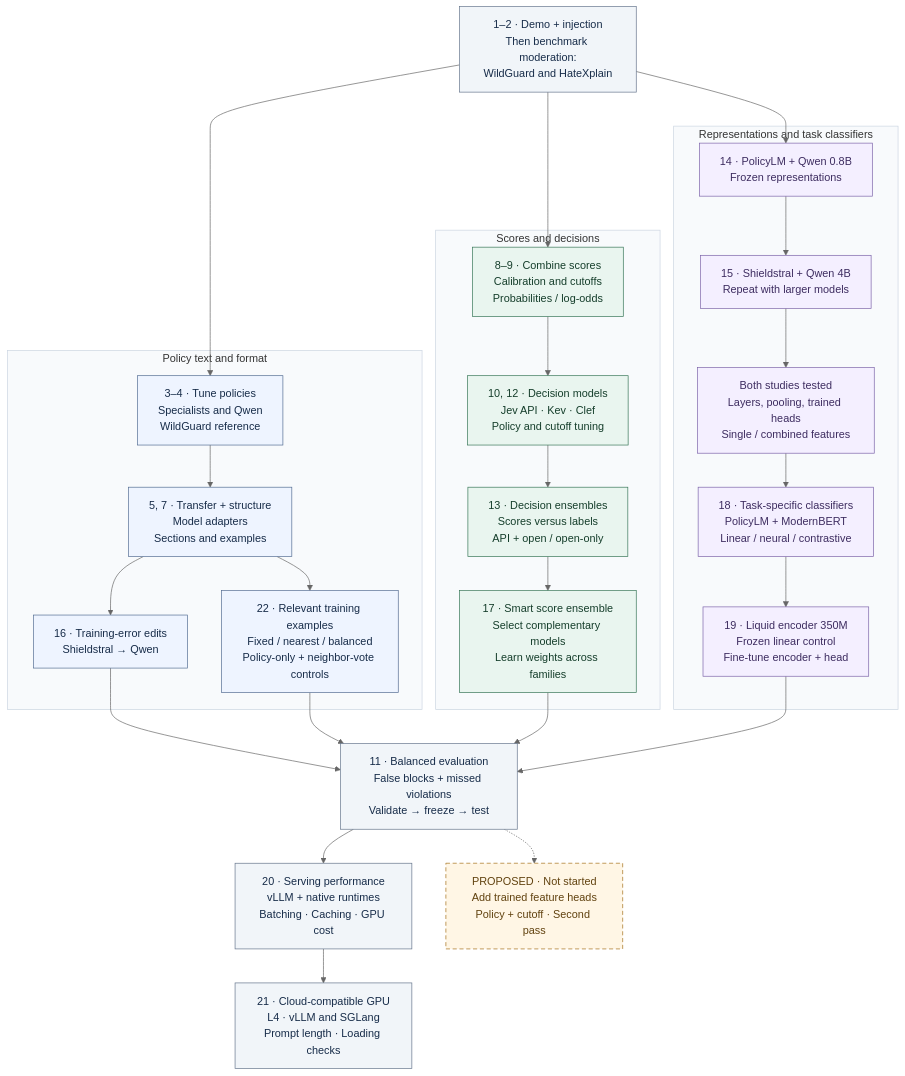
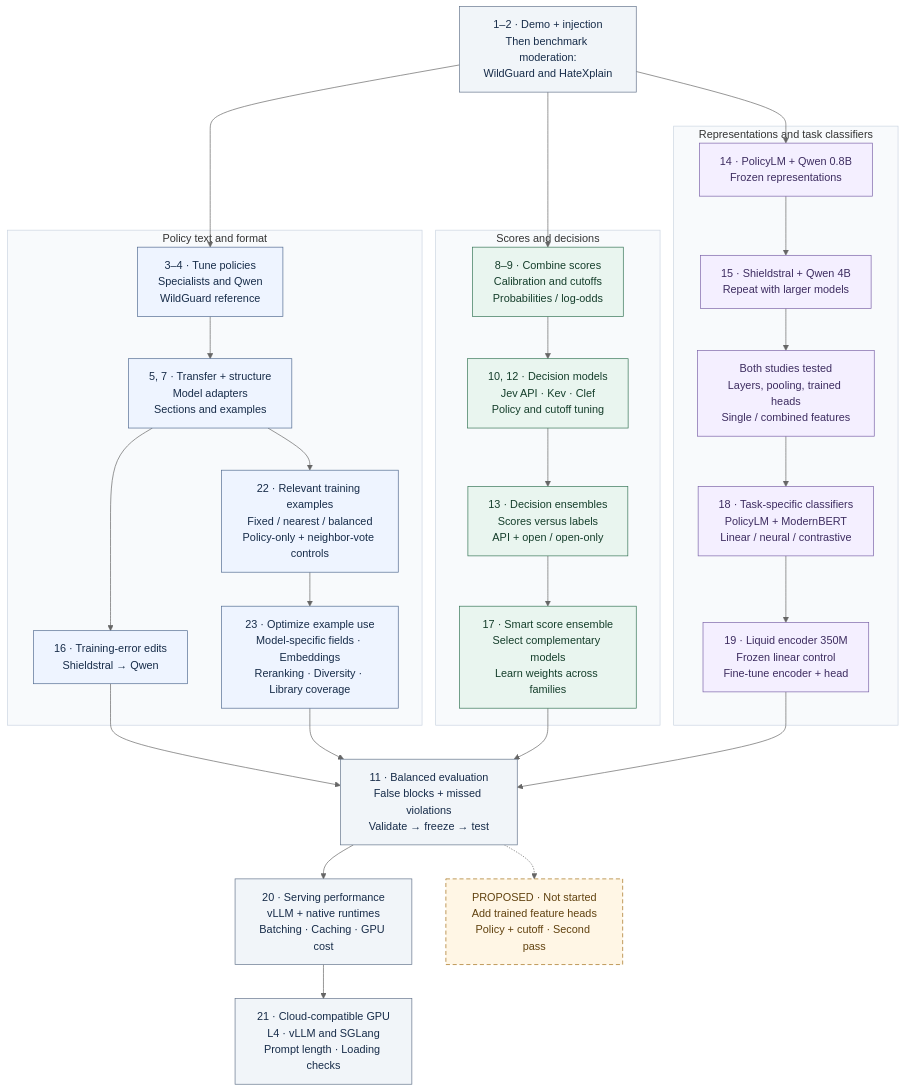
One commit to harshsinghal/safeguard-eval changed the diagram in README.md. Above: the diagram before and after it, drawn with Mermaid (neutral theme). The commit also changed other lines of this file and 278 other files, not shown here.

````diff
--- a/README.md
+++ b/README.md
@@ -23,56 +21,57 @@
 ```mermaid
 flowchart TB
     START["1–2 · Demo + injection<br/>Then benchmark moderation:<br/>WildGuard and HateXplain"]
 
     subgraph POLICY["Policy text and format"]
         P1["3–4 · Tune policies<br/>Specialists and Qwen<br/>WildGuard reference"]
         P2["5, 7 · Transfer + structure<br/>Model adapters<br/>Sections and examples"]
         P3["16 · Training-error edits<br/>Shieldstral → Qwen"]
         P4["22 · Relevant training examples<br/>Fixed / nearest / balanced<br/>Policy-only + neighbor-vote controls"]
+        P5["23 · Optimize example use<br/>Model-specific fields · Embeddings<br/>Reranking · Diversity · Library coverage"]
         P1 --> P2 --> P3
-        P2 --> P4
+        P2 --> P4 --> P5
     end
 
     subgraph SCORES["Scores and decisions"]
         S1["8–9 · Combine scores<br/>Calibration and cutoffs<br/>Probabilities / log-odds"]
         S2["10, 12 · Decision models<br/>Jev API · Kev · Clef<br/>Policy and cutoff tuning"]
         S3["13 · Decision ensembles<br/>Scores versus labels<br/>API + open / open-only"]
         S4["17 · Smart score ensemble<br/>Select complementary models<br/>Learn weights across families"]
         S1 --> S2 --> S3 --> S4
     end
 
     subgraph FEATURES["Representations and task classifiers"]
         F1["14 · PolicyLM + Qwen 0.8B<br/>Frozen representations"]
         F2["15 · Shieldstral + Qwen 4B<br/>Repeat with larger models"]
         F3["Both studies tested<br/>Layers, pooling, trained heads<br/>Single / combined features"]
         F4["18 · Task-specific classifiers<br/>PolicyLM + ModernBERT<br/>Linear / neural / contrastive"]
         F5["19 · Liquid encoder 350M<br/>Frozen linear control<br/>Fine-tune encoder + head"]
         F1 --> F2 --> F3 --> F4 --> F5
     end
 
     START --> P1
     START --> S1
     START --> F1
     P3 --> EVIDENCE
-    P4 --> EVIDENCE
+    P5 --> EVIDENCE
     S4 --> EVIDENCE
     F5 --> EVIDENCE
     EVIDENCE["11 · Balanced evaluation<br/>False blocks + missed violations<br/>Validate → freeze → test"]
     EVIDENCE --> SERVING["20 · Serving performance<br/>vLLM + native runtimes<br/>Batching · Caching · GPU cost"]
     SERVING --> CLOUD["21 · Cloud-compatible GPU<br/>L4 · vLLM and SGLang<br/>Prompt length · Loading checks"]
     EVIDENCE -.-> NEXT["PROPOSED · Not started<br/>Add trained feature heads<br/>Policy + cutoff · Second pass"]
 
     classDef neutral fill:#f1f5f9,stroke:#64748b,color:#172c49;
     classDef policy fill:#eef4ff,stroke:#526b91,color:#172c49;
     classDef scores fill:#e9f5ef,stroke:#367556,color:#153e2b;
     classDef features fill:#f4efff,stroke:#7b63a8,color:#3d2c60;
     classDef proposed fill:#fff6e5,stroke:#a36e16,color:#61420f,stroke-dasharray:6 4;
     class START,EVIDENCE,SERVING,CLOUD neutral;
-    class P1,P2,P3,P4 policy;
+    class P1,P2,P3,P4,P5 policy;
     class S1,S2,S3,S4 scores;
     class F1,F2,F3,F4,F5 features;
     class NEXT proposed;
     style POLICY fill:#f8fafc,stroke:#cbd5e1
     style SCORES fill:#f8fafc,stroke:#cbd5e1
     style FEATURES fill:#f8fafc,stroke:#cbd5e1
 ```
````
